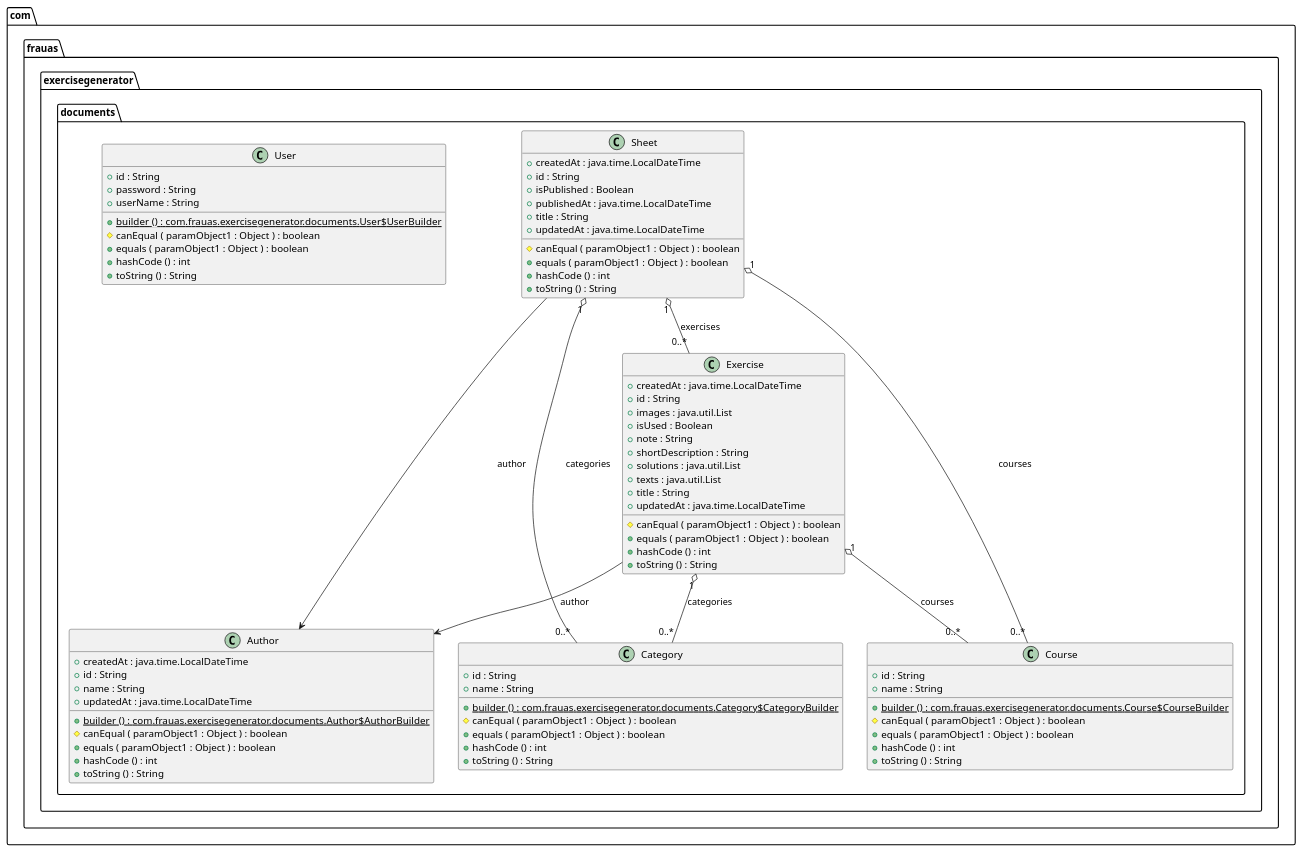
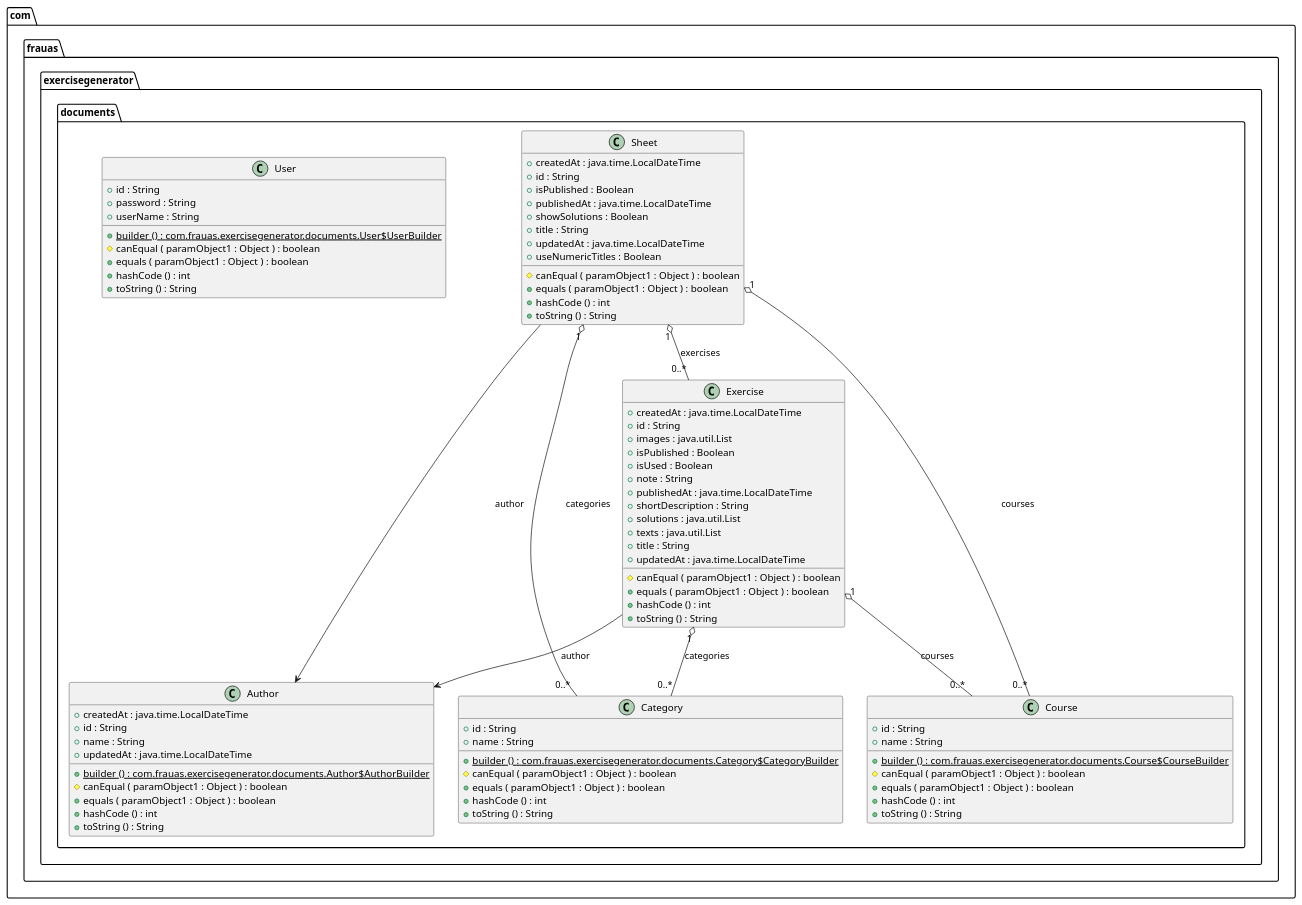
Before and after one commit to CarlaHofmann/exercise-generator-be: the diagram in doc/diagram.puml, drawn with PlantUML. The commit also changed 2 other files, not shown here.

```diff
--- a/doc/diagram.puml
+++ b/doc/diagram.puml
@@ -1,93 +1,97 @@
 @startuml
 
 class com.frauas.exercisegenerator.documents.Author {
 	{field} +createdAt : java.time.LocalDateTime
 	{field} +id : String
 	{field} +name : String
 	{field} +updatedAt : java.time.LocalDateTime
 	{method}  {static} +builder () : com.frauas.exercisegenerator.documents.Author$AuthorBuilder
 	{method} #canEqual ( paramObject1 : Object ) : boolean
 	{method} +equals ( paramObject1 : Object ) : boolean
 	{method} +hashCode () : int
 	{method} +toString () : String
 }
 
 
 class com.frauas.exercisegenerator.documents.Category {
 	{field} +id : String
 	{field} +name : String
 	{method}  {static} +builder () : com.frauas.exercisegenerator.documents.Category$CategoryBuilder
 	{method} #canEqual ( paramObject1 : Object ) : boolean
 	{method} +equals ( paramObject1 : Object ) : boolean
 	{method} +hashCode () : int
 	{method} +toString () : String
 }
 
 
 class com.frauas.exercisegenerator.documents.Course {
 	{field} +id : String
 	{field} +name : String
 	{method}  {static} +builder () : com.frauas.exercisegenerator.documents.Course$CourseBuilder
 	{method} #canEqual ( paramObject1 : Object ) : boolean
 	{method} +equals ( paramObject1 : Object ) : boolean
 	{method} +hashCode () : int
 	{method} +toString () : String
 }
 
 
 class com.frauas.exercisegenerator.documents.Exercise {
 	{field} +createdAt : java.time.LocalDateTime
 	{field} +id : String
 	{field} +images : java.util.List
+	{field} +isPublished : Boolean
 	{field} +isUsed : Boolean
 	{field} +note : String
+	{field} +publishedAt : java.time.LocalDateTime
 	{field} +shortDescription : String
 	{field} +solutions : java.util.List
 	{field} +texts : java.util.List
 	{field} +title : String
 	{field} +updatedAt : java.time.LocalDateTime
 	{method} #canEqual ( paramObject1 : Object ) : boolean
 	{method} +equals ( paramObject1 : Object ) : boolean
 	{method} +hashCode () : int
 	{method} +toString () : String
 }
 
 
 class com.frauas.exercisegenerator.documents.Sheet {
 	{field} +createdAt : java.time.LocalDateTime
 	{field} +id : String
 	{field} +isPublished : Boolean
 	{field} +publishedAt : java.time.LocalDateTime
+	{field} +showSolutions : Boolean
 	{field} +title : String
 	{field} +updatedAt : java.time.LocalDateTime
+	{field} +useNumericTitles : Boolean
 	{method} #canEqual ( paramObject1 : Object ) : boolean
 	{method} +equals ( paramObject1 : Object ) : boolean
 	{method} +hashCode () : int
 	{method} +toString () : String
 }
 
 
 class com.frauas.exercisegenerator.documents.User {
 	{field} +id : String
 	{field} +password : String
 	{field} +userName : String
 	{method}  {static} +builder () : com.frauas.exercisegenerator.documents.User$UserBuilder
 	{method} #canEqual ( paramObject1 : Object ) : boolean
 	{method} +equals ( paramObject1 : Object ) : boolean
 	{method} +hashCode () : int
 	{method} +toString () : String
 }
 
 
 
 
 com.frauas.exercisegenerator.documents.Exercise "1" o-- "0..*"  com.frauas.exercisegenerator.documents.Category : categories
 com.frauas.exercisegenerator.documents.Exercise "1" o-- "0..*"  com.frauas.exercisegenerator.documents.Course : courses
 com.frauas.exercisegenerator.documents.Exercise -->  com.frauas.exercisegenerator.documents.Author : author
 com.frauas.exercisegenerator.documents.Sheet "1" o-- "0..*"  com.frauas.exercisegenerator.documents.Category : categories
 com.frauas.exercisegenerator.documents.Sheet "1" o-- "0..*"  com.frauas.exercisegenerator.documents.Course : courses
 com.frauas.exercisegenerator.documents.Sheet "1" o-- "0..*"  com.frauas.exercisegenerator.documents.Exercise : exercises
 com.frauas.exercisegenerator.documents.Sheet -->  com.frauas.exercisegenerator.documents.Author : author
 
 
 @enduml
```
